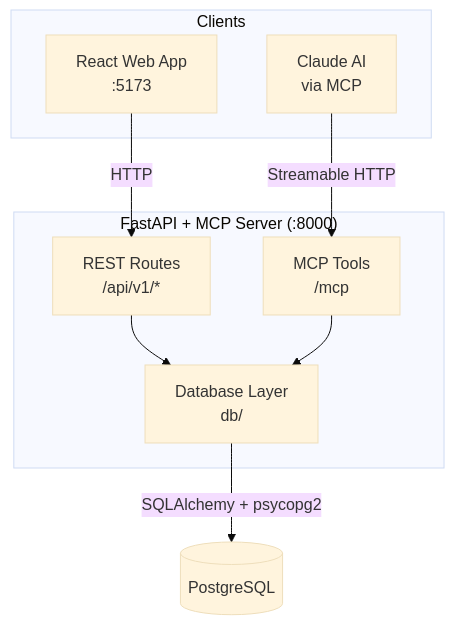
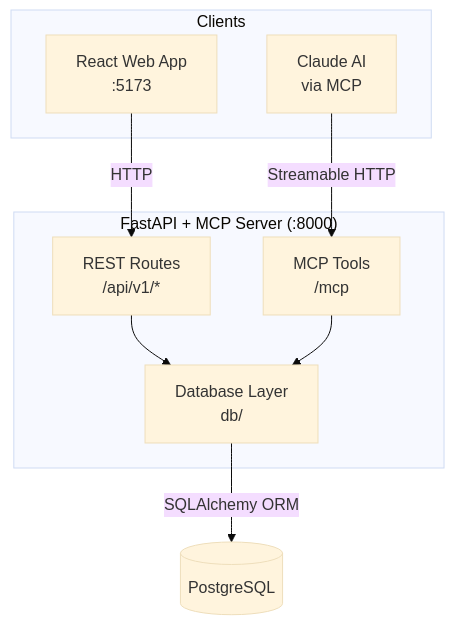
The first of 8 diagrams in docs/ARCHITECTURE.md (coopermayne/mcp-galipo), drawn with Mermaid (base theme) before and after one commit. The commit also changed other lines of this file and 9 other files, not shown here.

````diff
--- a/docs/ARCHITECTURE.md
+++ b/docs/ARCHITECTURE.md
@@ -7,21 +7,21 @@
 ```mermaid
 flowchart TB
     subgraph Clients
         React[React Web App<br/>:5173]
         Claude[Claude AI<br/>via MCP]
     end
 
     subgraph Server["FastAPI + MCP Server (:8000)"]
         Routes[REST Routes<br/>/api/v1/*]
         Tools[MCP Tools<br/>/mcp]
         DB_Layer[Database Layer<br/>db/]
     end
 
     Postgres[(PostgreSQL)]
 
     React -->|HTTP| Routes
     Claude -->|Streamable HTTP| Tools
     Routes --> DB_Layer
     Tools --> DB_Layer
-    DB_Layer -->|SQLAlchemy + psycopg2| Postgres
+    DB_Layer -->|SQLAlchemy ORM| Postgres
 ```
````
